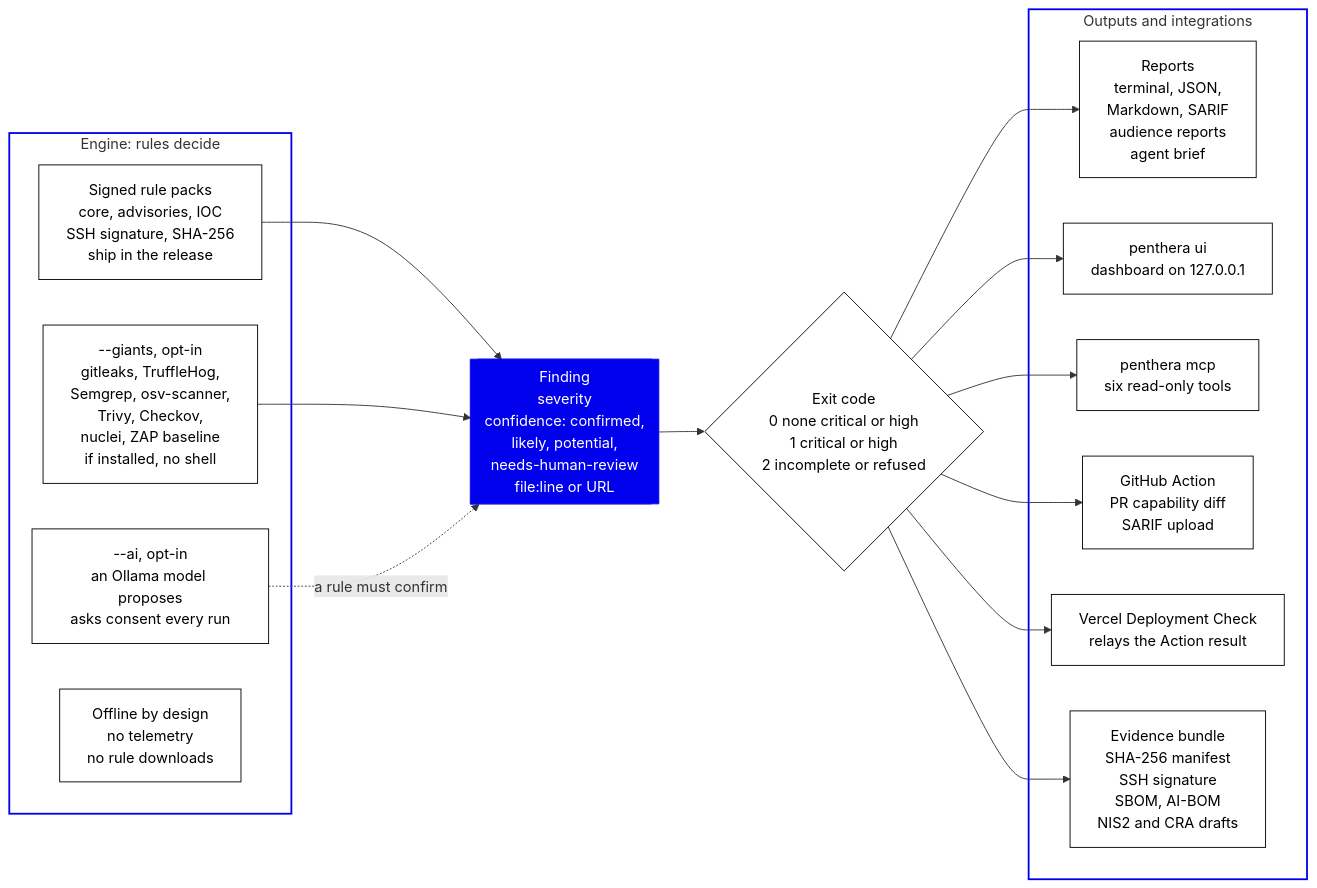
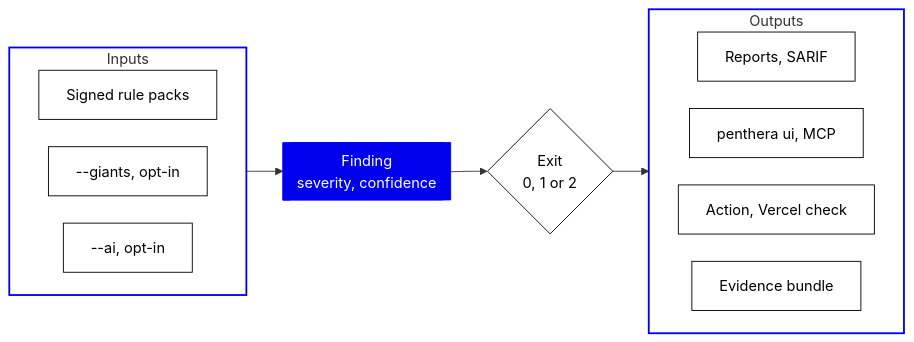
The fourth of 4 diagrams in README.md (danoszz/penthera), drawn with Mermaid before and after one commit. The commit also changed other lines of this file and 2 other files, not shown here.

First line of the commit message:
docs: simple diagram first, advanced views under toggles

````diff
--- a/README.md
+++ b/README.md
@@ -304,32 +321,29 @@
 ```mermaid
+%%{init: {"flowchart": {"nodeSpacing": 30, "rankSpacing": 40}}}%%
 flowchart LR
-    subgraph ENG["Engine: rules decide"]
-        R["Signed rule packs<br/>core, advisories, IOC<br/>SSH signature, SHA-256<br/>ship in the release"]
-        GI["--giants, opt-in<br/>gitleaks, TruffleHog,<br/>Semgrep, osv-scanner,<br/>Trivy, Checkov,<br/>nuclei, ZAP baseline<br/>if installed, no shell"]
-        AI["--ai, opt-in<br/>an Ollama model proposes<br/>asks consent every run"]
-        OFF["Offline by design<br/>no telemetry<br/>no rule downloads"]
+    subgraph IN["Inputs"]
+        direction LR
+        R["Signed rule packs"]
+        GI["--giants, opt-in"]
+        AI["--ai, opt-in"]
     end
 
-    R --> FD[["Finding<br/>severity<br/>confidence: confirmed,<br/>likely, potential,<br/>needs-human-review<br/>file:line or URL"]]
-    GI --> FD
-    AI -. "a rule must confirm" .-> FD
-    FD --> EX{"Exit code<br/>0 none critical or high<br/>1 critical or high<br/>2 incomplete or refused"}
+    IN --> FD[["Finding<br/>severity, confidence"]]
+    FD --> EX{"Exit<br/>0, 1 or 2"}
+    EX --> OUT
 
-    subgraph OUT["Outputs and integrations"]
-        O1["Reports<br/>terminal, JSON,<br/>Markdown, SARIF<br/>audience reports<br/>agent brief"]
-        O2["penthera ui<br/>dashboard on 127.0.0.1"]
-        O3["penthera mcp<br/>six read-only tools"]
-        O4["GitHub Action<br/>PR capability diff<br/>SARIF upload"]
-        O5["Vercel Deployment Check<br/>relays the Action result"]
-        O6["Evidence bundle<br/>SHA-256 manifest<br/>SSH signature<br/>SBOM, AI-BOM<br/>NIS2 and CRA drafts"]
+    subgraph OUT["Outputs"]
+        direction LR
+        O1["Reports, SARIF"]
+        O2["penthera ui, MCP"]
+        O3["Action, Vercel check"]
+        O4["Evidence bundle"]
     end
-
-    EX --> O1 & O2 & O3 & O4 & O5 & O6
 
     classDef core fill:#0000ed,stroke:#0000ed,color:#ffffff
     classDef box fill:#ffffff,stroke:#000000,color:#000000
     class FD core
-    class R,GI,AI,OFF,EX,O1,O2,O3,O4,O5,O6 box
-    style ENG fill:none,stroke:#0000ed,stroke-width:2px
+    class R,GI,AI,EX,O1,O2,O3,O4 box
+    style IN fill:none,stroke:#0000ed,stroke-width:2px
     style OUT fill:none,stroke:#0000ed,stroke-width:2px
 ```
````
